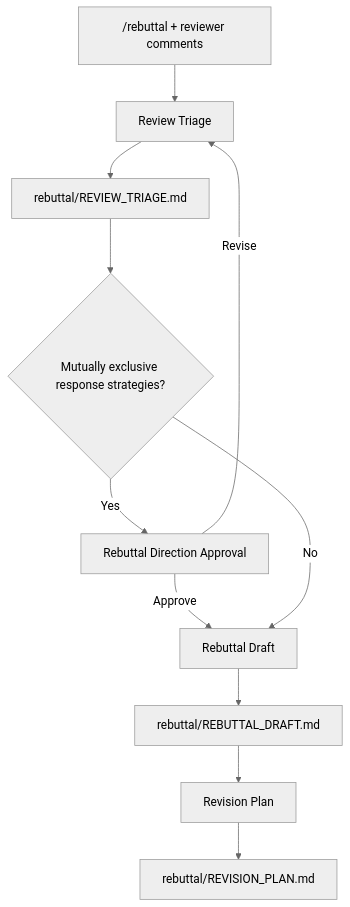
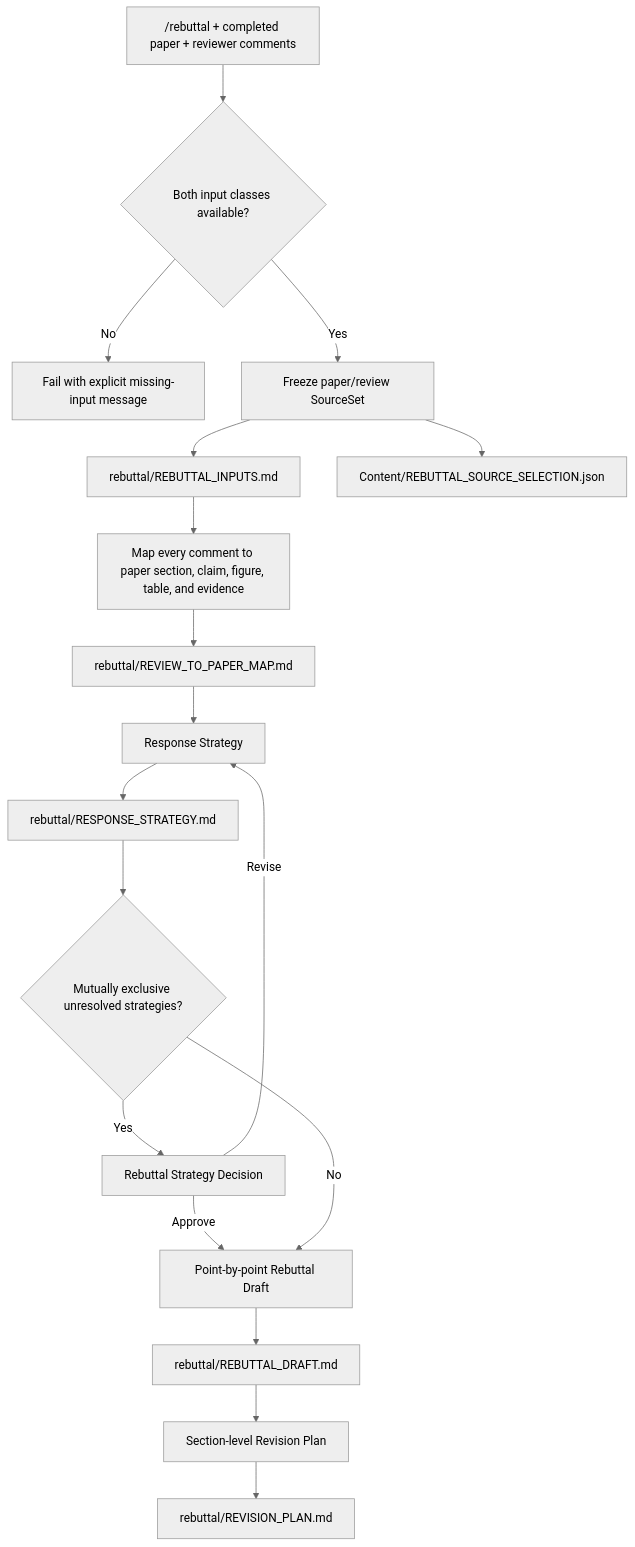
Before and after one commit to Amber-December/research-agent-platform: the fifth of 7 diagrams in docs/workflow-command-flows.md, drawn with Mermaid (neutral theme). The commit also changed other lines of this file and 11 other files, not shown here.

Commit message:
fix: ground rebuttal workflow in paper and reviews

````diff
--- a/docs/workflow-command-flows.md
+++ b/docs/workflow-command-flows.md
@@ -89,13 +89,20 @@
 ```mermaid
 flowchart TD
-    A["/rebuttal + reviewer comments"] --> B["Review Triage"]
-    B --> B1["rebuttal/REVIEW_TRIAGE.md"]
-    B1 --> C{"Mutually exclusive response strategies?"}
-    C -->|Yes| D["Rebuttal Direction Approval"]
-    D -->|Revise| B
-    D -->|Approve| E["Rebuttal Draft"]
-    C -->|No| E
-    E --> E1["rebuttal/REBUTTAL_DRAFT.md"]
-    E1 --> F["Revision Plan"]
-    F --> F1["rebuttal/REVISION_PLAN.md"]
+    A["/rebuttal + completed paper + reviewer comments"] --> B{"Both input classes available?"}
+    B -->|No| C["Fail with explicit missing-input message"]
+    B -->|Yes| D["Freeze paper/review SourceSet"]
+    D --> D1["rebuttal/REBUTTAL_INPUTS.md"]
+    D --> D2["Content/REBUTTAL_SOURCE_SELECTION.json"]
+    D1 --> E["Map every comment to paper section, claim, figure, table, and evidence"]
+    E --> E1["rebuttal/REVIEW_TO_PAPER_MAP.md"]
+    E1 --> F["Response Strategy"]
+    F --> F1["rebuttal/RESPONSE_STRATEGY.md"]
+    F1 --> G{"Mutually exclusive unresolved strategies?"}
+    G -->|Yes| H["Rebuttal Strategy Decision"]
+    H -->|Revise| F
+    H -->|Approve| I["Point-by-point Rebuttal Draft"]
+    G -->|No| I
+    I --> I1["rebuttal/REBUTTAL_DRAFT.md"]
+    I1 --> J["Section-level Revision Plan"]
+    J --> J1["rebuttal/REVISION_PLAN.md"]
 ```
````
